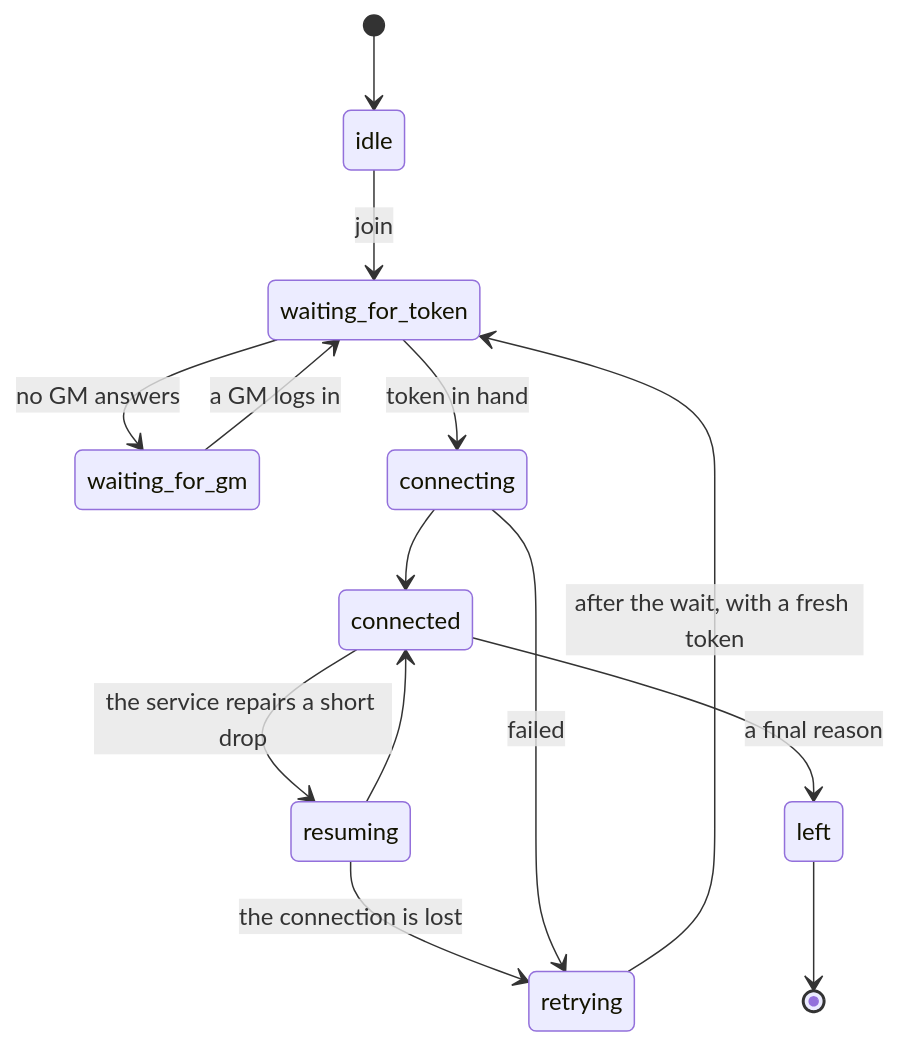
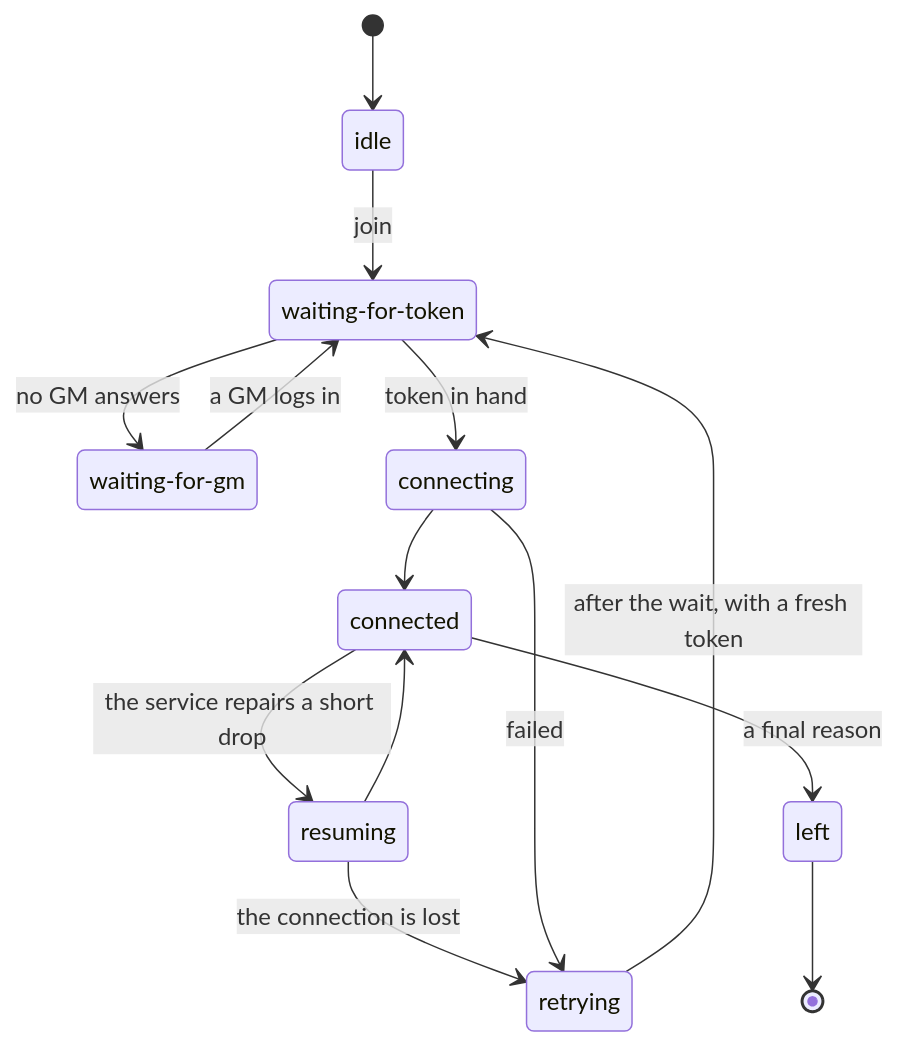
The third of 5 diagrams in docs/ARCHITECTURE.md (Affid/modular-av), drawn with Mermaid before and after one commit. The commit also changed other lines of this file, not shown here.

Commit message:
docs: architecture diagrams that fit their labels

````diff
--- a/docs/ARCHITECTURE.md
+++ b/docs/ARCHITECTURE.md
@@ -175,16 +175,18 @@
 ```mermaid
 stateDiagram-v2
+  state "waiting-for-token" as wft
+  state "waiting-for-gm" as wfg
   [*] --> idle
-  idle --> waiting_for_token: join
-  waiting_for_token --> waiting_for_gm: no GM answers
-  waiting_for_gm --> waiting_for_token: a GM logs in
-  waiting_for_token --> connecting: token in hand
+  idle --> wft: join
+  wft --> wfg: no GM answers
+  wfg --> wft: a GM logs in
+  wft --> connecting: token in hand
   connecting --> connected
   connected --> resuming: the service repairs a short drop
   resuming --> connected
   resuming --> retrying: the connection is lost
   connecting --> retrying: failed
-  retrying --> waiting_for_token: after the wait, with a fresh token
+  retrying --> wft: after the wait, with a fresh token
   connected --> left: a final reason
   left --> [*]
 ```
````
